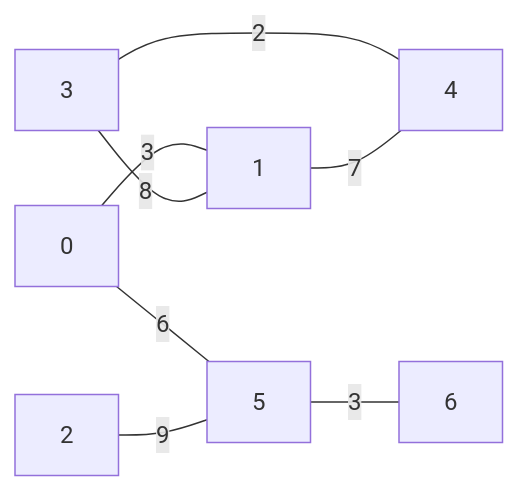
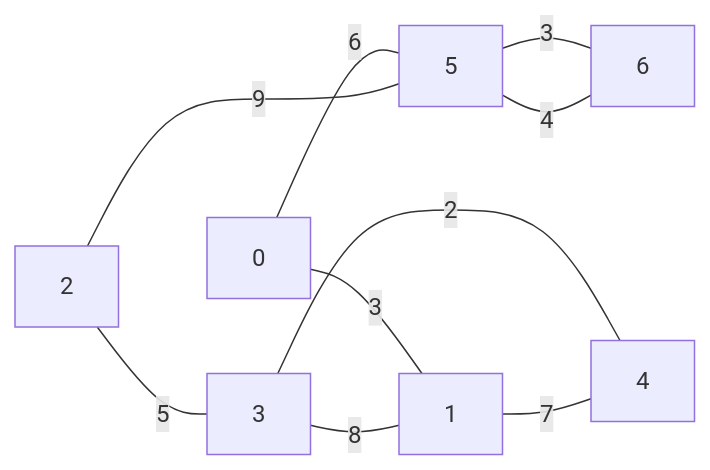
Before and after one commit to boddaert/nsi: the third of 3 diagrams in terminale/Structures_relationnelles_de_données/Graphes.md, drawn with Mermaid. The commit also changed other lines of this file, not shown here.

````diff
--- a/terminale/Structures_relationnelles_de_données/Graphes.md
+++ b/terminale/Structures_relationnelles_de_données/Graphes.md
@@ -132,10 +132,12 @@
 ```mermaid
     flowchart LR
         0-- 3 ---1
         3-- 8 ---1
         3-- 2 ---4
         1-- 7 ---4
         0-- 6 ---5
         5-- 3 ---6
         2-- 9 ---5
+        2-- 5 ---3
+        5-- 4 ---6
 ```
````
